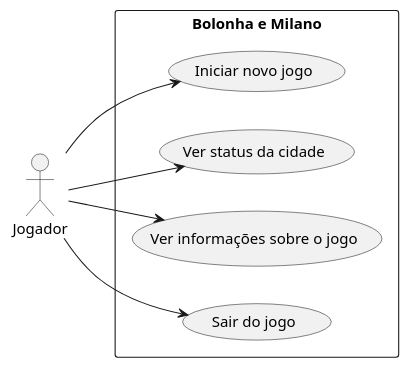
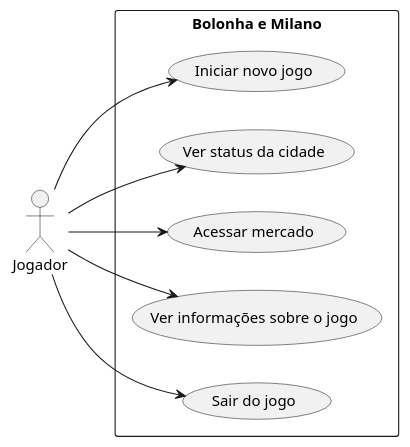
One commit to guipoliver/Bolonha-e-Milano changed the diagram in casos-de-uso/casos-de-uso.puml. Above: the diagram before and after it, drawn with PlantUML. The commit also changed 10 other files, not shown here.

Commit message:
Etapa 3: economia, classe Mercado, submenu e diagramas

```diff
--- a/casos-de-uso/casos-de-uso.puml
+++ b/casos-de-uso/casos-de-uso.puml
@@ -1,16 +1,18 @@
 @startuml
 left to right direction
 actor Jogador
 
 rectangle "Bolonha e Milano" {
   usecase "Iniciar novo jogo" as UC1
   usecase "Ver status da cidade" as UC2
-  usecase "Ver informações sobre o jogo" as UC3
-  usecase "Sair do jogo" as UC4
+  usecase "Acessar mercado" as UC3
+  usecase "Ver informações sobre o jogo" as UC4
+  usecase "Sair do jogo" as UC5
 }
 
 Jogador --> UC1
 Jogador --> UC2
 Jogador --> UC3
 Jogador --> UC4
+Jogador --> UC5
 @enduml
```
